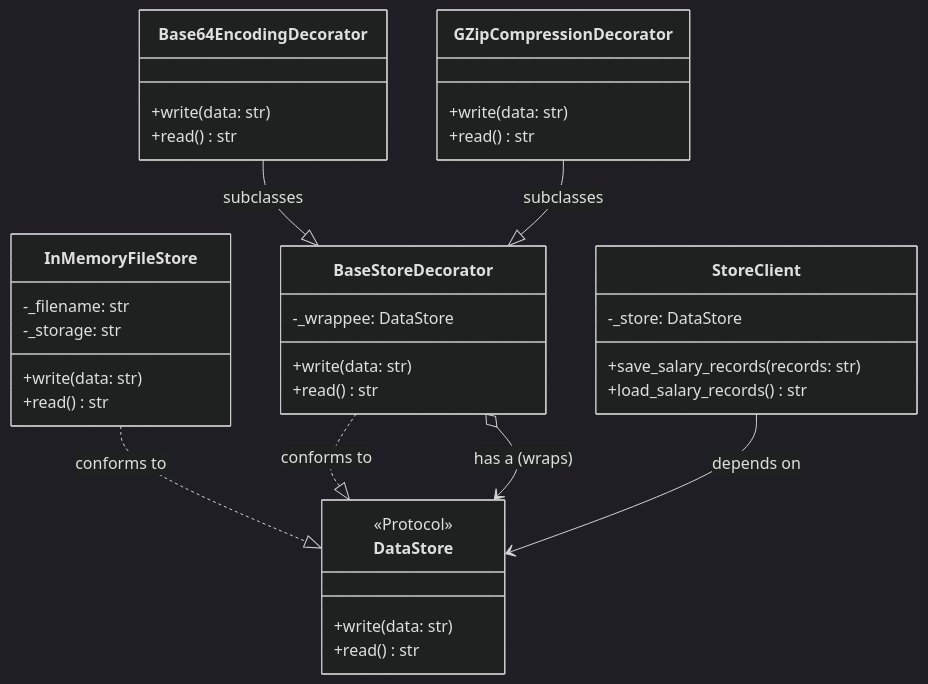
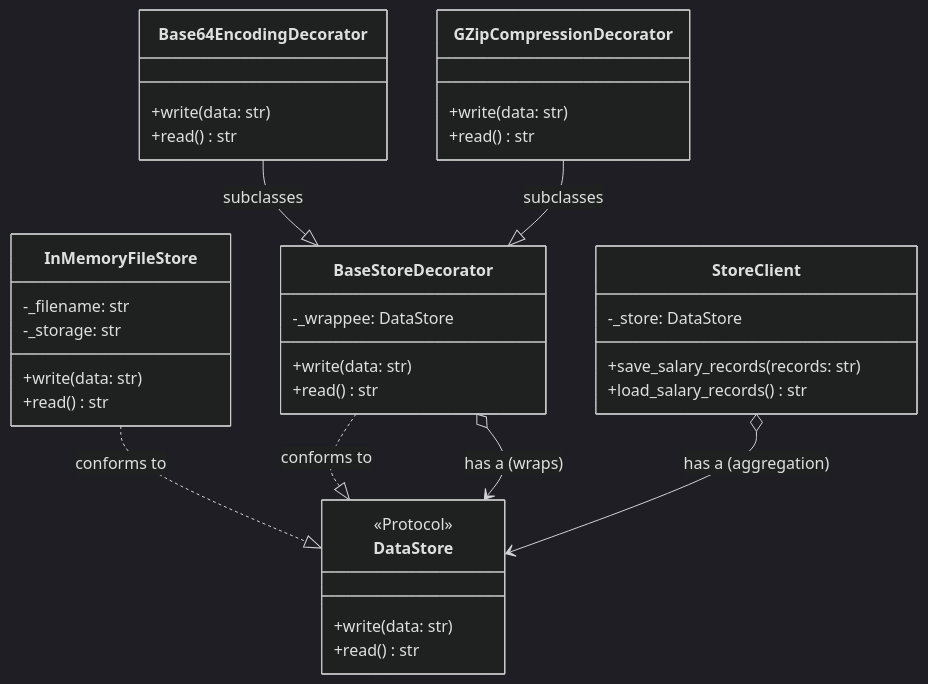
The first of 2 diagrams in py_prod_implementations/design_patterns/structural/decorator/README.md (cwaltz/EPIJudge), drawn with Mermaid (dark theme) before and after one commit.

Commit message:
Update decorator mermaid code

````diff
--- a/py_prod_implementations/design_patterns/structural/decorator/README.md
+++ b/py_prod_implementations/design_patterns/structural/decorator/README.md
@@ -3,49 +3,47 @@
 ```mermaid
 classDiagram
     class DataStore {
         <<Protocol>>
         +write(data: str)
         +read() str
     }
     
     class InMemoryFileStore {
         -_filename: str
         -_storage: str
         +write(data: str)
         +read() str
     }
     
     class BaseStoreDecorator {
         -_wrappee: DataStore
         +write(data: str)
         +read() str
     }
     
     class Base64EncodingDecorator {
         +write(data: str)
         +read() str
     }
     
     class GZipCompressionDecorator {
         +write(data: str)
         +read() str
     }
     
     class StoreClient {
         -_store: DataStore
         +save_salary_records(records: str)
         +load_salary_records() str
     }
 
     %% Relationships using your requested terminology
     InMemoryFileStore ..|> DataStore : conforms to
     BaseStoreDecorator ..|> DataStore : conforms to
     Base64EncodingDecorator --|> BaseStoreDecorator : subclasses
     GZipCompressionDecorator --|> BaseStoreDecorator : subclasses
     
-    %% The critical aggregation that makes Decorators work
+    %% Both the Decorator and the Client aggregate the Protocol
     BaseStoreDecorator o--> DataStore : has a (wraps)
-    
-    %% The Client only depends on the Protocol
-    StoreClient --> DataStore : depends on
+    StoreClient o--> DataStore : has a (aggregation)
 ```
````
